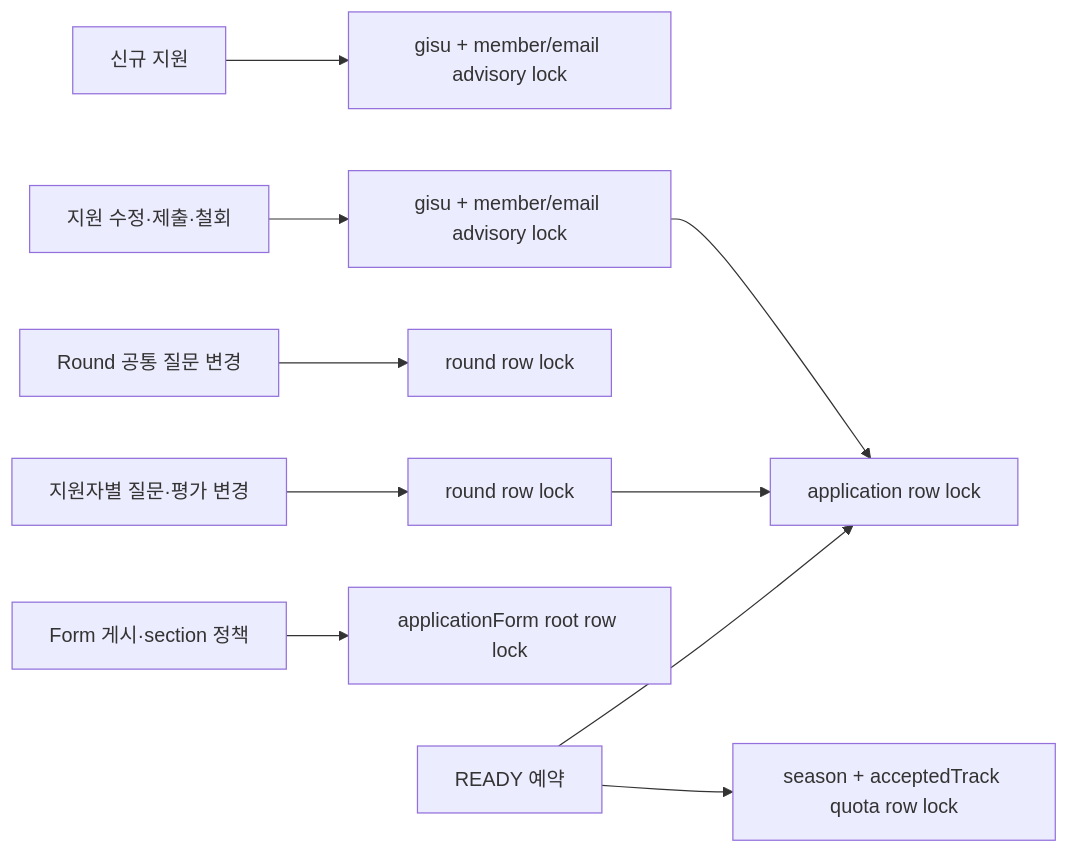
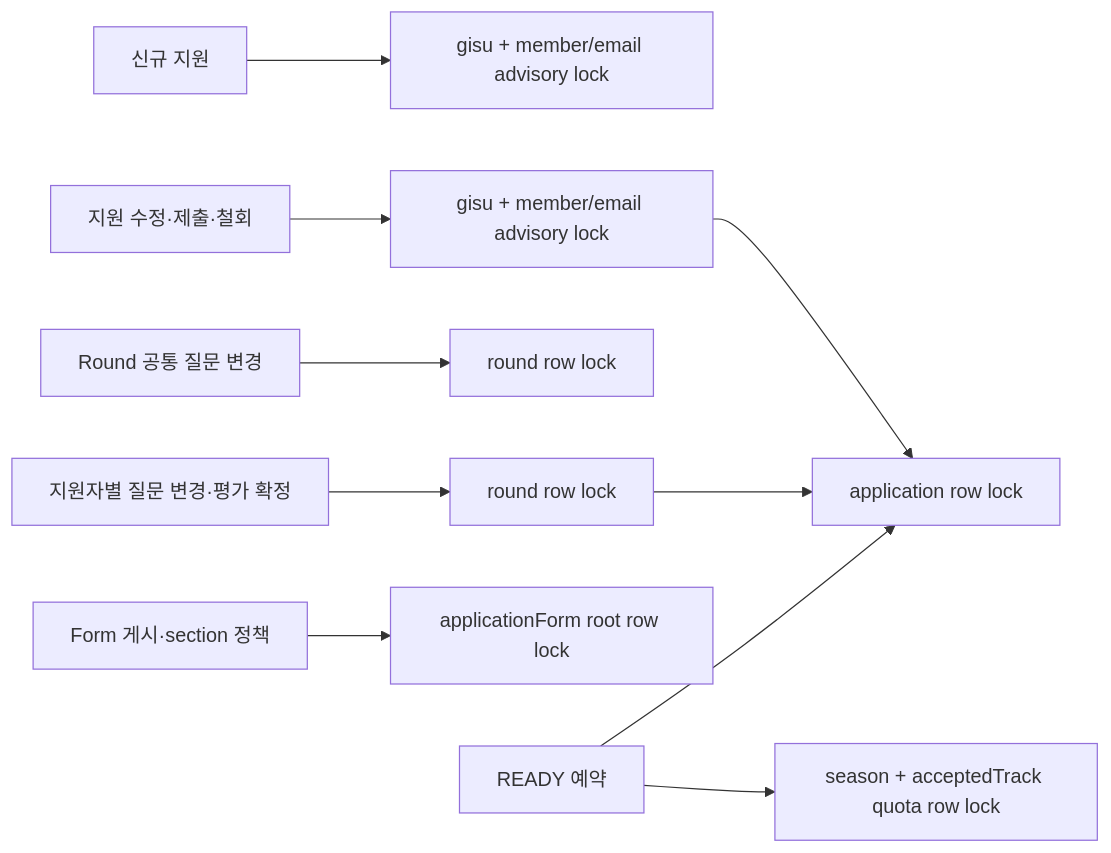
Before and after one commit to UMC-PRODUCT/cygnus-server: diagram 12 of 12 in docs/onboarding/domain/recruiting-diagrams.md, drawn with Mermaid. The commit also changed other lines of this file and 80 other files, not shown here.

````diff
--- a/docs/onboarding/domain/recruiting-diagrams.md
+++ b/docs/onboarding/domain/recruiting-diagrams.md
@@ -395,12 +433,12 @@
 ```mermaid
 flowchart LR
     New["신규 지원"] --> NewApplicantLock["gisu + member/email advisory lock"]
     Existing["지원 수정·제출·철회"] --> ExistingApplicantLock["gisu + member/email advisory lock"]
     ExistingApplicantLock --> ApplicationLock["application row lock"]
     RoundQuestion["Round 공통 질문 변경"] --> RoundOnlyLock["round row lock"]
-    ApplicationMutation["지원자별 질문·평가 변경"] --> RoundApplicationLock["round row lock"]
+    ApplicationMutation["지원자별 질문 변경·평가 확정"] --> RoundApplicationLock["round row lock"]
     RoundApplicationLock --> ApplicationLock
     FormPolicy["Form 게시·section 정책"] --> FormLock["applicationForm root row lock"]
     Registration["READY 예약"] --> ApplicationLock
     Registration --> QuotaLock["season + acceptedTrack quota row lock"]
 ```
````
